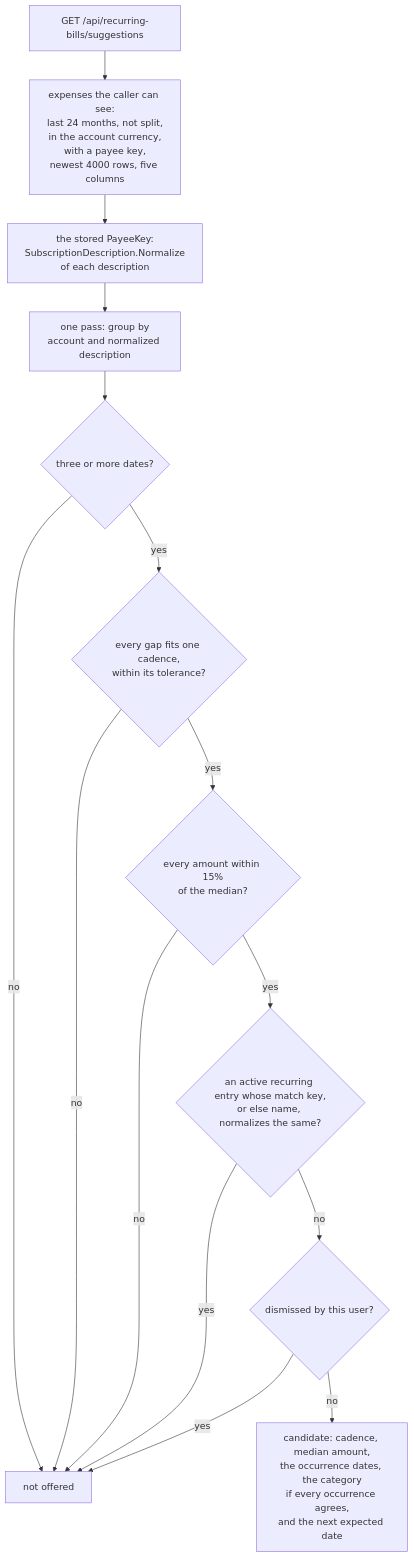
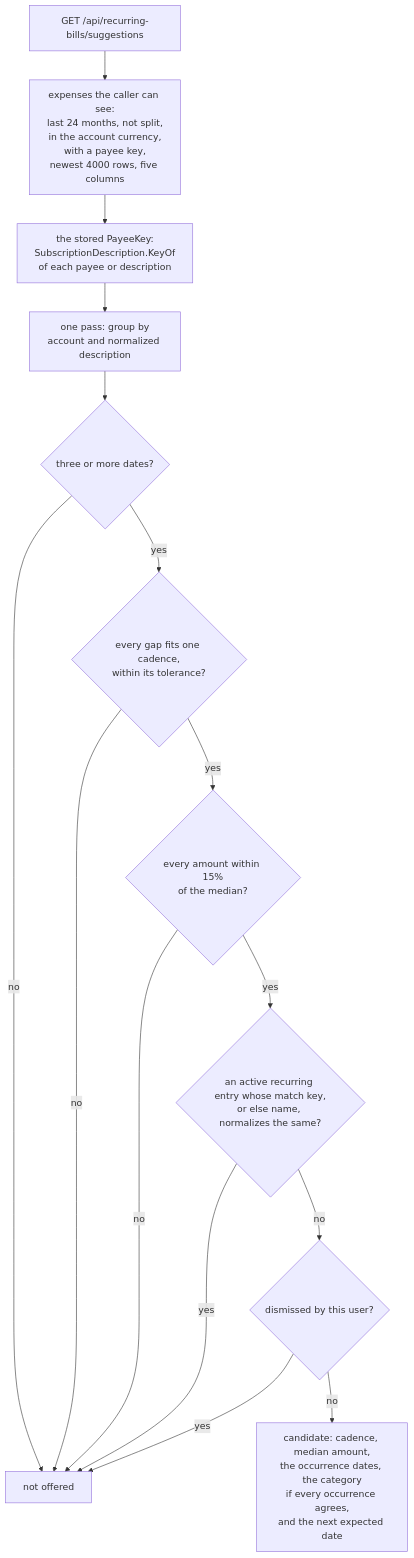
The fourth of 5 diagrams in docs/features/recurring-bills.md (Justxs/Jx-Finance), drawn with Mermaid before and after one commit. The commit also changed 47 other files, not shown here.

````diff
--- a/docs/features/recurring-bills.md
+++ b/docs/features/recurring-bills.md
@@ -194,17 +194,17 @@
 ```mermaid
 flowchart TD
     Get["GET /api/recurring-bills/suggestions"] --> Read["expenses the caller can see:<br/>last 24 months, not split,<br/>in the account currency,<br/>with a payee key,<br/>newest 4000 rows, five columns"]
-    Read --> Norm["the stored PayeeKey:<br/>SubscriptionDescription.Normalize<br/>of each description"]
+    Read --> Norm["the stored PayeeKey:<br/>SubscriptionDescription.KeyOf<br/>of each payee or description"]
     Norm --> Group["one pass: group by<br/>account and normalized description"]
     Group --> Count{"three or more dates?"}
     Count -->|"no"| Drop["not offered"]
     Count -->|"yes"| Cad{"every gap fits one cadence,<br/>within its tolerance?"}
     Cad -->|"no"| Drop
     Cad -->|"yes"| Amt{"every amount within 15%<br/>of the median?"}
     Amt -->|"no"| Drop
     Amt -->|"yes"| Cover{"an active recurring entry whose match key,<br/>or else name, normalizes the same?"}
     Cover -->|"yes"| Drop
     Cover -->|"no"| Dism{"dismissed by this user?"}
     Dism -->|"yes"| Drop
     Dism -->|"no"| Cand["candidate: cadence, median amount,<br/>the occurrence dates, the category<br/>if every occurrence agrees,<br/>and the next expected date"]
 ```
````
